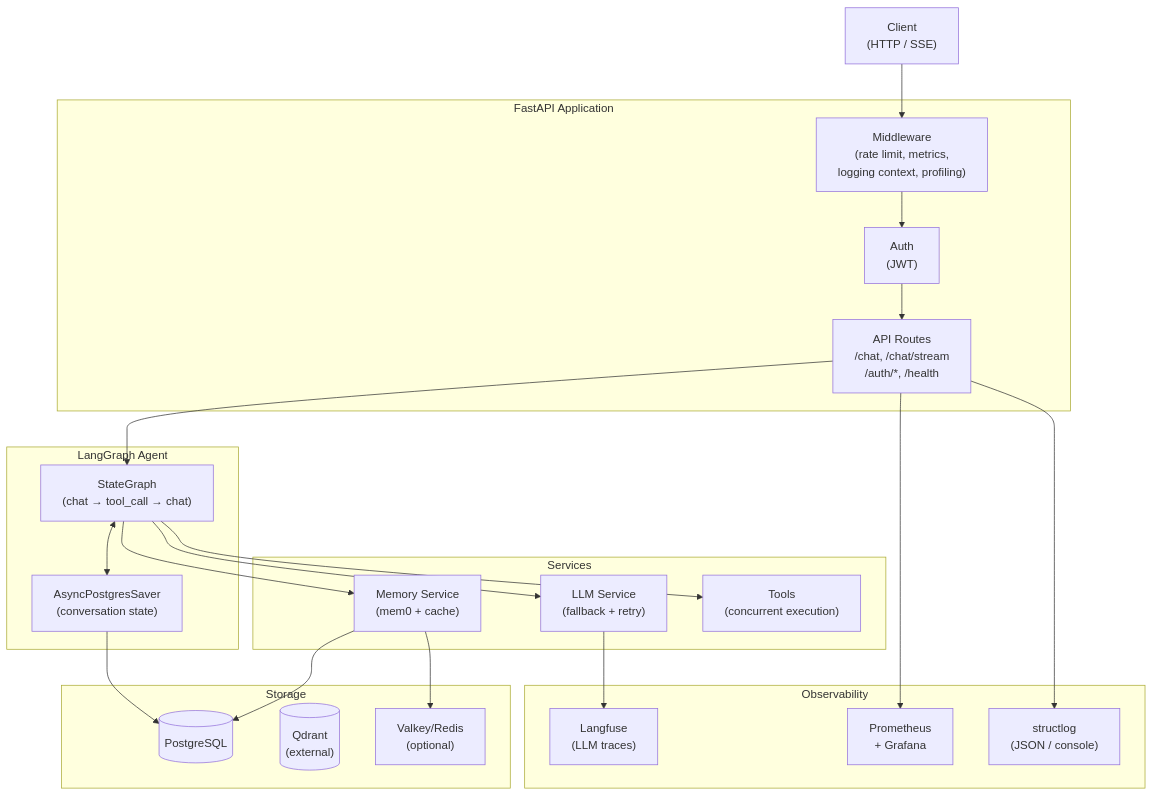
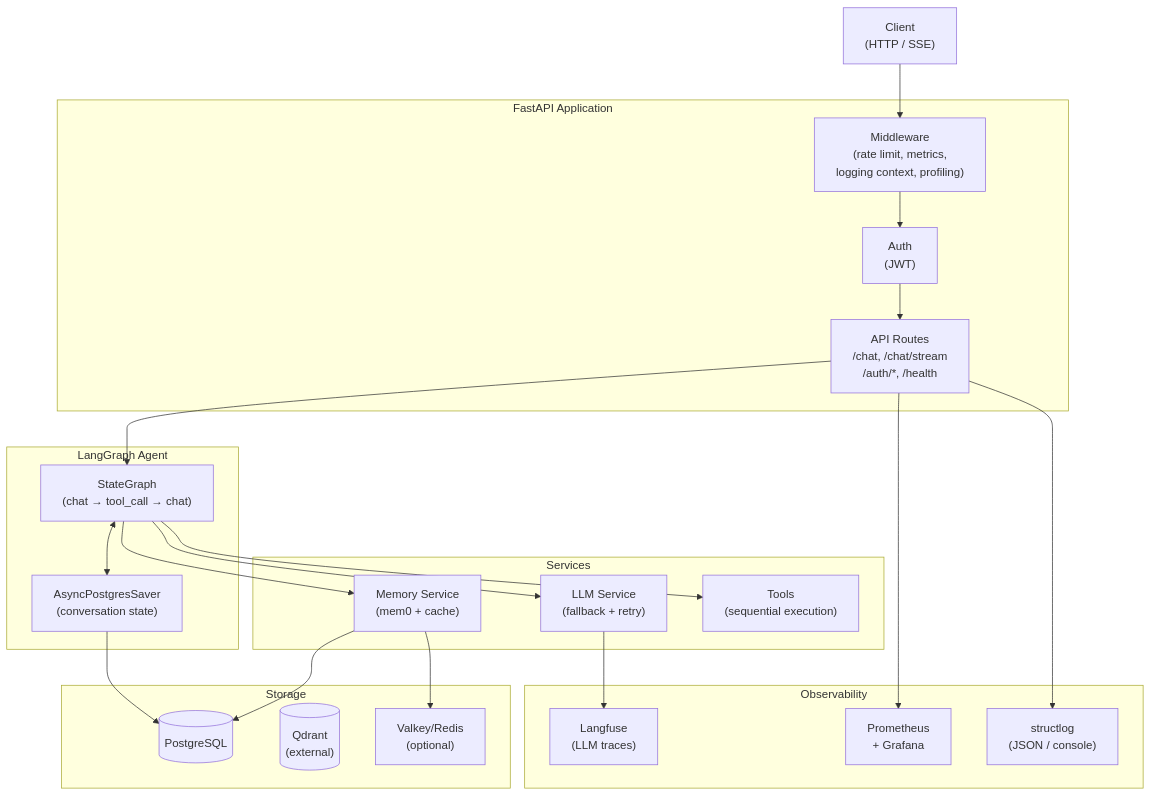
One commit to osama-sprints/sprint-flow changed the first of 3 diagrams in ai-core/docs/architecture.md. Above: the diagram before and after it, drawn with Mermaid. The commit also changed other lines of this file and 22 other files, not shown here.

````diff
--- a/ai-core/docs/architecture.md
+++ b/ai-core/docs/architecture.md
@@ -5,44 +5,44 @@
 ```mermaid
 graph TB
     Client["Client\n(HTTP / SSE)"]
 
     subgraph FastAPI["FastAPI Application"]
         MW["Middleware\n(rate limit, metrics,\nlogging context, profiling)"]
         Auth["Auth\n(JWT)"]
         API["API Routes\n/chat, /chat/stream\n/auth/*, /health"]
     end
 
     subgraph Agent["LangGraph Agent"]
         Graph["StateGraph\n(chat → tool_call → chat)"]
         Checkpointer["AsyncPostgresSaver\n(conversation state)"]
     end
 
     subgraph Services["Services"]
         LLM["LLM Service\n(fallback + retry)"]
         Memory["Memory Service\n(mem0 + cache)"]
-        Tools["Tools\n(concurrent execution)"]
+        Tools["Tools\n(sequential execution)"]
     end
 
     subgraph Storage["Storage"]
         PG[("PostgreSQL")]
         Qdrant[("Qdrant\n(external)")]
         Cache["Valkey/Redis\n(optional)"]
     end
 
     subgraph Observability["Observability"]
         Langfuse["Langfuse\n(LLM traces)"]
         Prometheus["Prometheus\n+ Grafana"]
         Logs["structlog\n(JSON / console)"]
     end
 
     Client --> MW --> Auth --> API
     API --> Graph
     Graph --> LLM --> Langfuse
     Graph --> Tools
     Graph --> Memory --> Cache
     Graph <--> Checkpointer
     Memory --> PG
     Checkpointer --> PG
     API --> Prometheus
     API --> Logs
 ```
````
